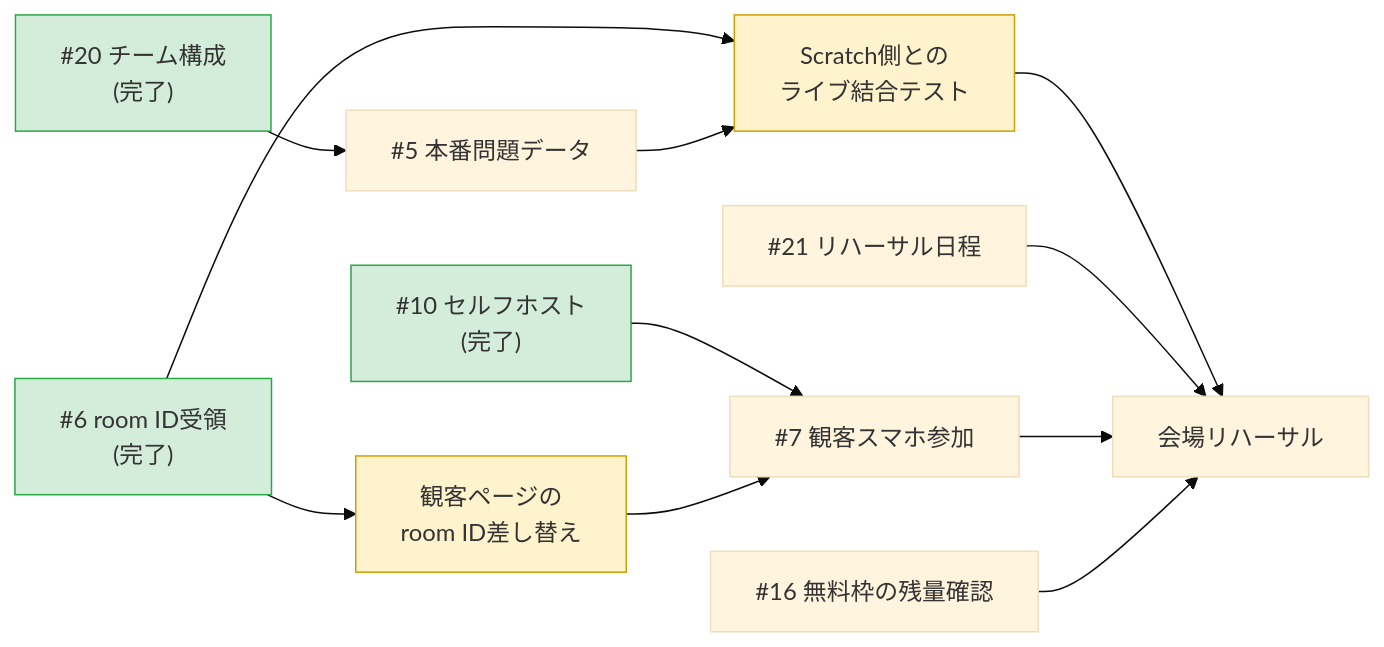
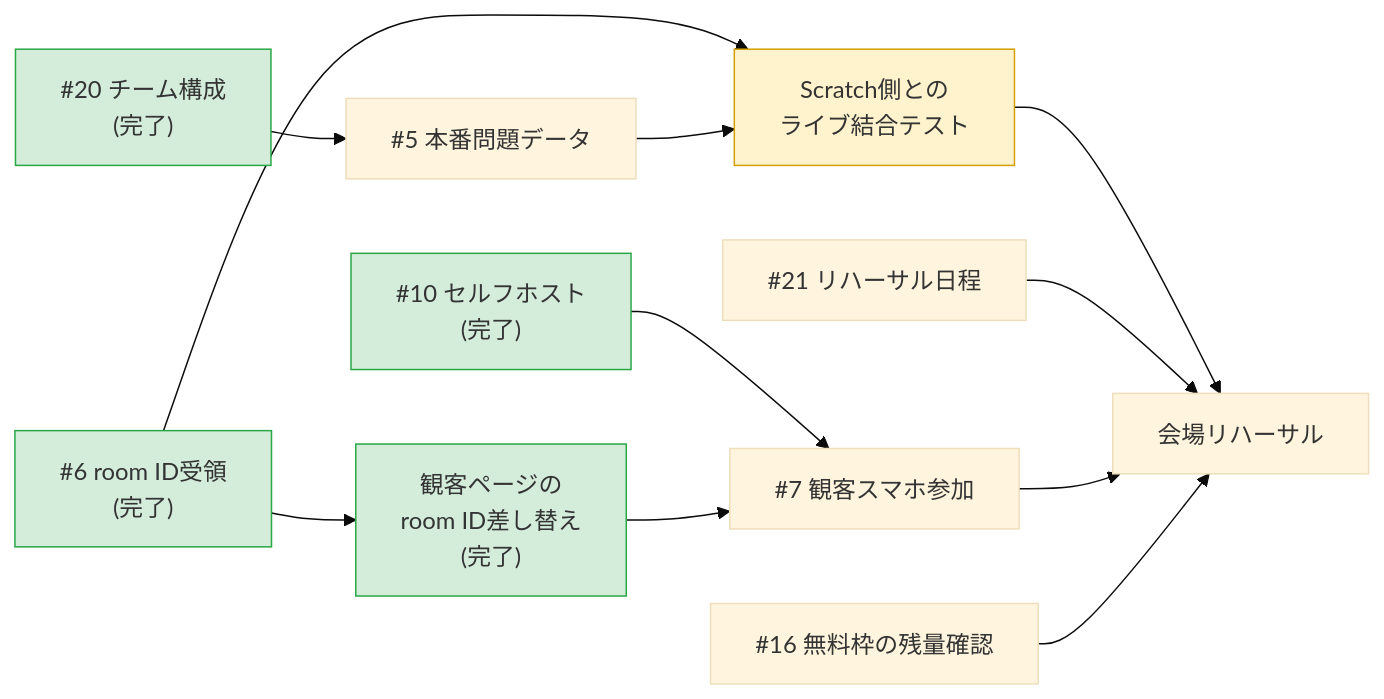
One commit to suzuka-kosen-festa/2026-suzuleague changed the diagram in docs/status.md. Above: the diagram before and after it, drawn with Mermaid (base theme). The commit also changed other lines of this file and 4 other files, not shown here.

````diff
--- a/docs/status.md
+++ b/docs/status.md
@@ -171,18 +185,18 @@
 ```mermaid
 flowchart LR
     i10["#10 セルフホスト<br>(完了)"] --> i7["#7 観客スマホ参加"]
     i20["#20 チーム構成<br>(完了)"] --> i5["#5 本番問題データ"]
-    i6["#6 room ID受領<br>(完了)"] --> aud["観客ページの<br>room ID差し替え"]
+    i6["#6 room ID受領<br>(完了)"] --> aud["観客ページの<br>room ID差し替え<br>(完了)"]
     i6 --> integ["Scratch側との<br>ライブ結合テスト"]
     i5 --> integ
     aud --> i7
     integ --> reh["会場リハーサル"]
     i21["#21 リハーサル日程"] --> reh
     i7 --> reh
     i16["#16 無料枠の残量確認"] --> reh
     style i10 fill:#d4edda,stroke:#28a745
     style i20 fill:#d4edda,stroke:#28a745
     style i6 fill:#d4edda,stroke:#28a745
     style integ fill:#fff3cd,stroke:#d39e00
-    style aud fill:#fff3cd,stroke:#d39e00
+    style aud fill:#d4edda,stroke:#28a745
 ```
````
